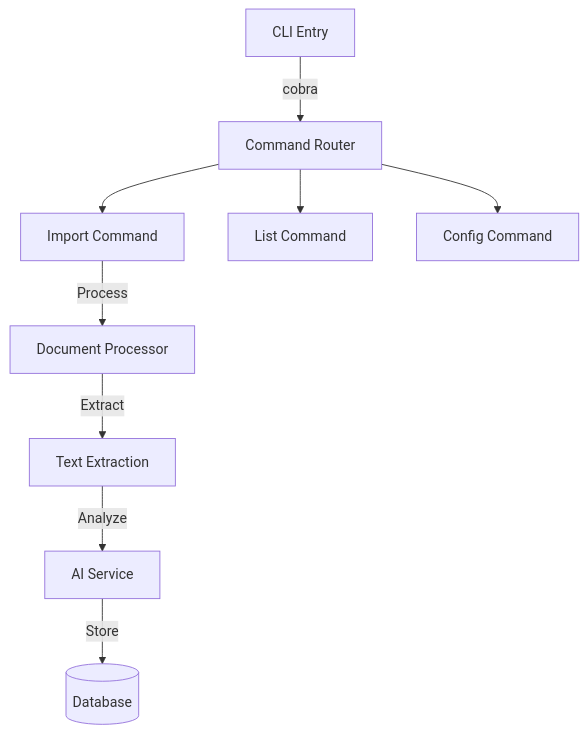
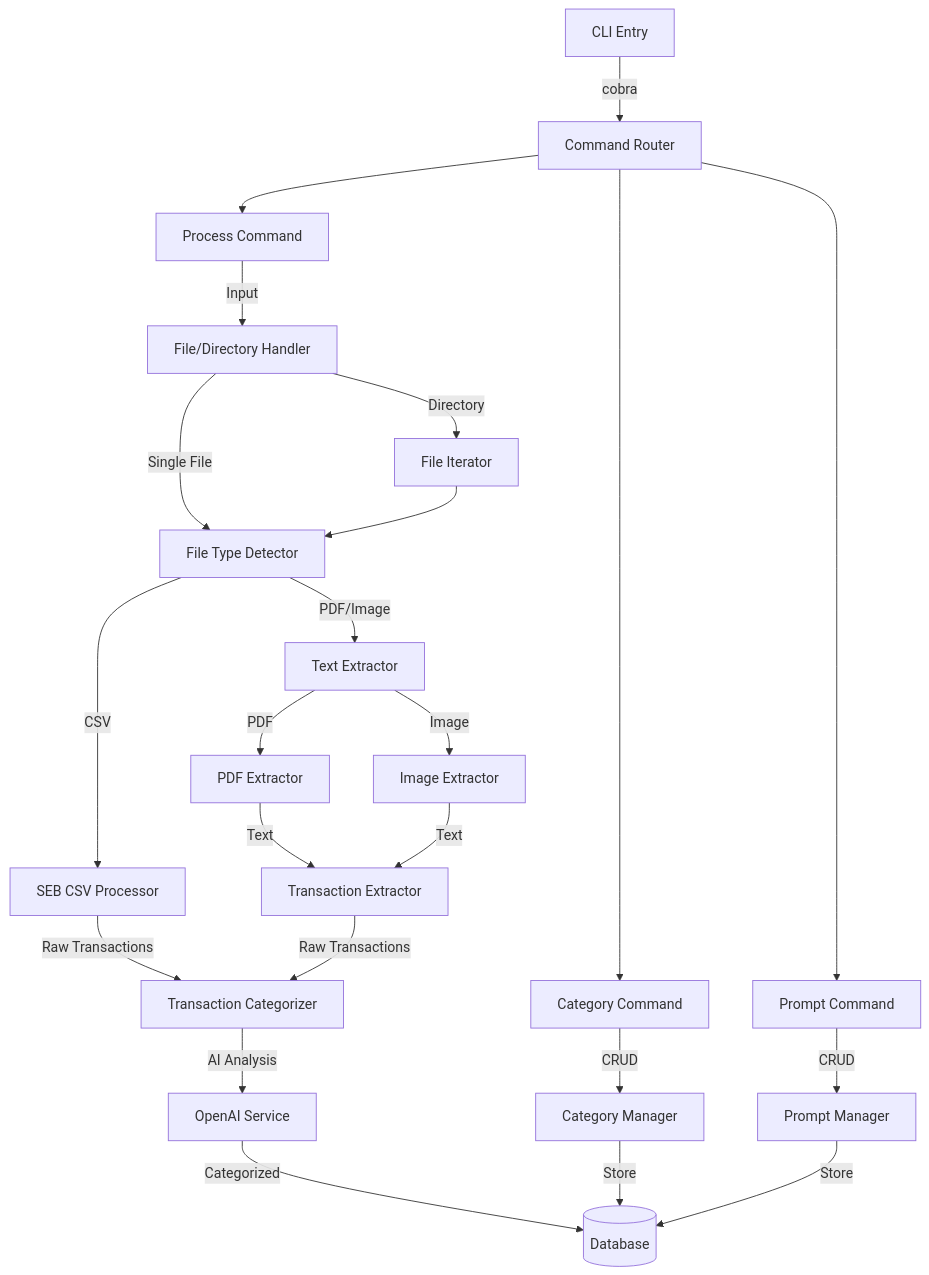
Before and after one commit to lindehoff/Budget-Assist: the first of 2 diagrams in docs/design/01-System-Architecture.md, drawn with Mermaid. The commit also changed other lines of this file and 2 other files, not shown here.

````diff
--- a/docs/design/01-System-Architecture.md
+++ b/docs/design/01-System-Architecture.md
@@ -6,11 +6,31 @@
 ```mermaid
 graph TD
     A[CLI Entry] -->|cobra| B[Command Router]
-    B --> C[Import Command]
-    B --> D[List Command]
-    B --> E[Config Command]
-    C -->|Process| F[Document Processor]
-    F -->|Extract| G[Text Extraction]
-    G -->|Analyze| H[AI Service]
-    H -->|Store| I[(Database)]
+    B --> C[Process Command]
+    B --> D[Category Command]
+    B --> E[Prompt Command]
+    
+    C -->|Input| F[File/Directory Handler]
+    F -->|Single File| G[File Type Detector]
+    F -->|Directory| H[File Iterator]
+    H --> G
+    
+    G -->|CSV| I[SEB CSV Processor]
+    G -->|PDF/Image| J[Text Extractor]
+    J -->|PDF| K[PDF Extractor]
+    J -->|Image| L[Image Extractor]
+    
+    K -->|Text| M[Transaction Extractor]
+    L -->|Text| M
+    I -->|Raw Transactions| N[Transaction Categorizer]
+    M -->|Raw Transactions| N
+    
+    N -->|AI Analysis| O[OpenAI Service]
+    O -->|Categorized| P[(Database)]
+    
+    D -->|CRUD| Q[Category Manager]
+    Q -->|Store| P
+    
+    E -->|CRUD| R[Prompt Manager]
+    R -->|Store| P
 ```
````
